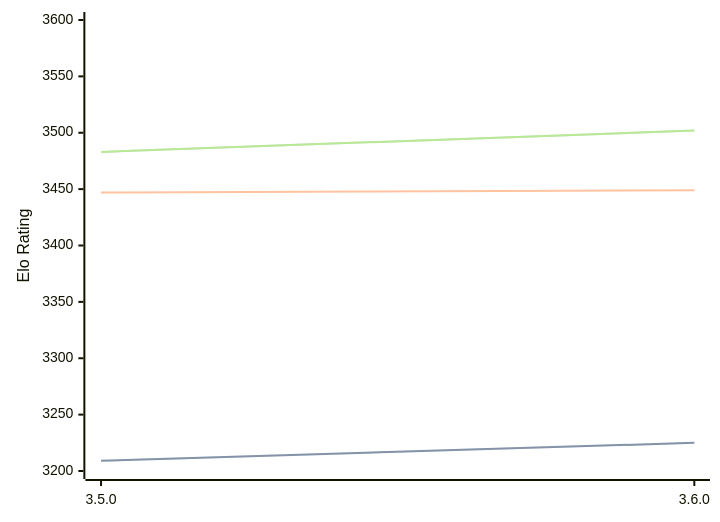
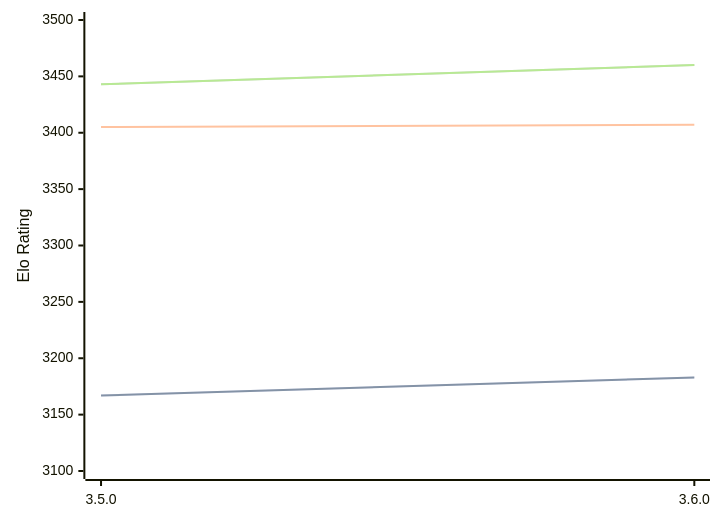
Before and after one commit to computer-chess-index/cci: the diagram in engines/Igel.md, drawn with Mermaid. The commit also changed other lines of this file, not shown here.

Commit message:
Update CCI Ratings (ELO VLTC) - 2026-05-19

````diff
--- a/engines/Igel.md
+++ b/engines/Igel.md
@@ -68,11 +68,11 @@
 ```mermaid
 %%{init: {"theme":"base","themeVariables":{"seriesColors:['#a3a3a3','#222221','#faa371']}}}%%
 xychart-beta
   x-axis ["3.5.0", "3.6.0"]
-  y-axis "Elo Rating" 3200 --> 3600
-  line "STC (8.0+0.08s)" [3209, 3225]
-  line "STC (8.0+0.08s)" [3209, 3225]
-  line "LTC (60.0+0.60s)" [3447, 3449]
-  line "VLTC (2m24s+1.12s)" [3483, 3502]
-  line "VLTC (2m24s+1.12s)" [3483, 3502]
+  y-axis "Elo Rating" 3100 --> 3500
+  line "STC (8.0+0.08s)" [3167, 3183]
+  line "STC (8.0+0.08s)" [3167, 3183]
+  line "LTC (60.0+0.60s)" [3405, 3407]
+  line "VLTC (2m24s+1.12s)" [3443, 3460]
+  line "VLTC (2m24s+1.12s)" [3443, 3460]
 ```
````
